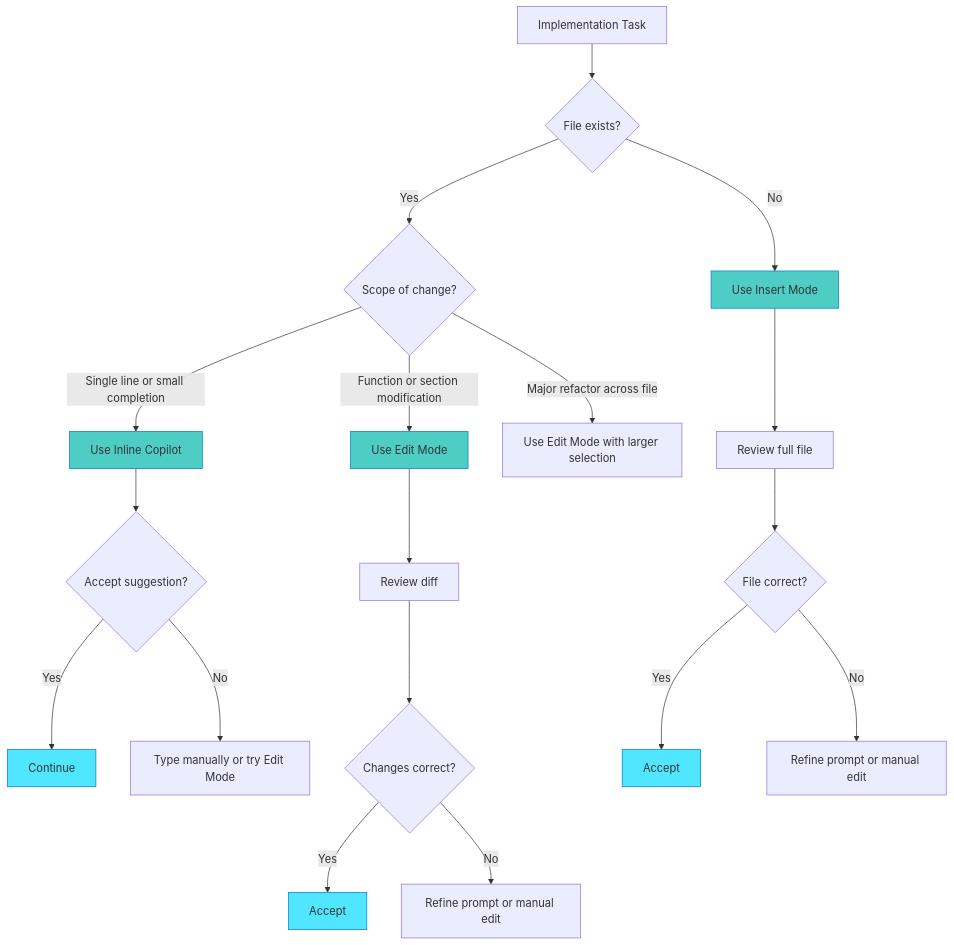
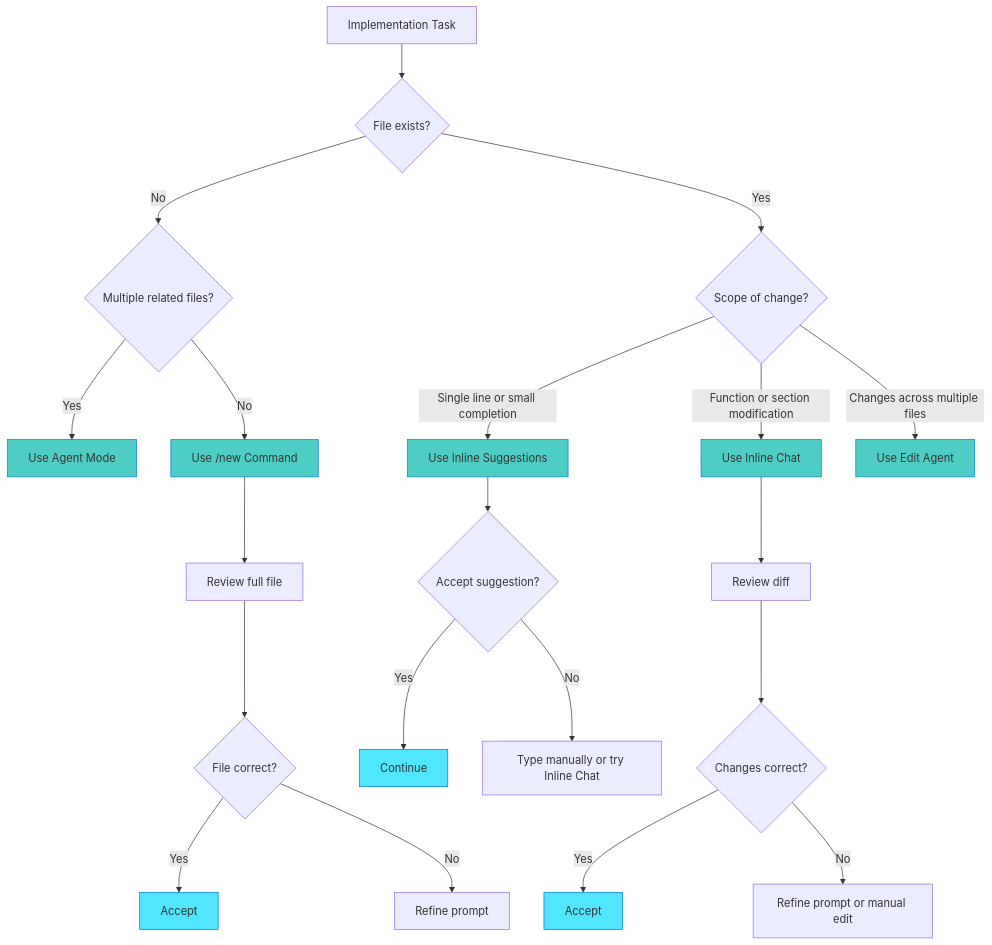
One commit to WilliamBerryiii/hve-ai-companion-guide changed the diagram in docs/part-ii/chapter8-implementation-modes/05-choosing-right-mode-decision-framework.md. Above: the diagram before and after it, drawn with Mermaid. The commit also changed other lines of this file and 8 other files, not shown here.

First line of the commit message:
docs(chapter8): correct implementation tools terminology per PR #41 review

````diff
--- a/docs/part-ii/chapter8-implementation-modes/05-choosing-right-mode-decision-framework.md
+++ b/docs/part-ii/chapter8-implementation-modes/05-choosing-right-mode-decision-framework.md
@@ -27,30 +30,34 @@
 ```mermaid
 graph TD
     A[Implementation Task] --> B{File exists?}
-    B -->|No| C[Use Insert Mode]
-    B -->|Yes| D{Scope of change?}
-    D -->|Single line or small completion| E[Use Inline Copilot]
-    D -->|Function or section modification| F[Use Edit Mode]
-    D -->|Major refactor across file| G[Use Edit Mode with larger selection]
+    B -->|No| C{Multiple related files?}
+    C -->|Yes| D[Use Agent Mode]
+    C -->|No| E[Use /new Command]
+    B -->|Yes| F{Scope of change?}
+    F -->|Single line or small completion| G[Use Inline Suggestions]
+    F -->|Function or section modification| H[Use Inline Chat]
+    F -->|Changes across multiple files| I[Use Edit Agent]
     
-    E --> H{Accept suggestion?}
-    H -->|Yes| I[Continue]
-    H -->|No| J[Type manually or try Edit Mode]
+    G --> J{Accept suggestion?}
+    J -->|Yes| K[Continue]
+    J -->|No| L[Type manually or try Inline Chat]
     
-    F --> K[Review diff]
-    K --> L{Changes correct?}
-    L -->|Yes| M[Accept]
-    L -->|No| N[Refine prompt or manual edit]
+    H --> M[Review diff]
+    M --> N{Changes correct?}
+    N -->|Yes| O[Accept]
+    N -->|No| P[Refine prompt or manual edit]
     
-    C --> O[Review full file]
-    O --> P{File correct?}
-    P -->|Yes| Q[Accept]
-    P -->|No| R[Refine prompt or manual edit]
+    E --> Q[Review full file]
+    Q --> R{File correct?}
+    R -->|Yes| S[Accept]
+    R -->|No| T[Refine prompt]
     
-    style C fill:#4ecdc4,stroke:#0078d4
-    style F fill:#4ecdc4,stroke:#0078d4
+    style D fill:#4ecdc4,stroke:#0078d4
     style E fill:#4ecdc4,stroke:#0078d4
-    style M fill:#50e6ff,stroke:#0078d4
-    style Q fill:#50e6ff,stroke:#0078d4
-    style I fill:#50e6ff,stroke:#0078d4
+    style H fill:#4ecdc4,stroke:#0078d4
+    style I fill:#4ecdc4,stroke:#0078d4
+    style G fill:#4ecdc4,stroke:#0078d4
+    style O fill:#50e6ff,stroke:#0078d4
+    style S fill:#50e6ff,stroke:#0078d4
+    style K fill:#50e6ff,stroke:#0078d4
 ```
````
